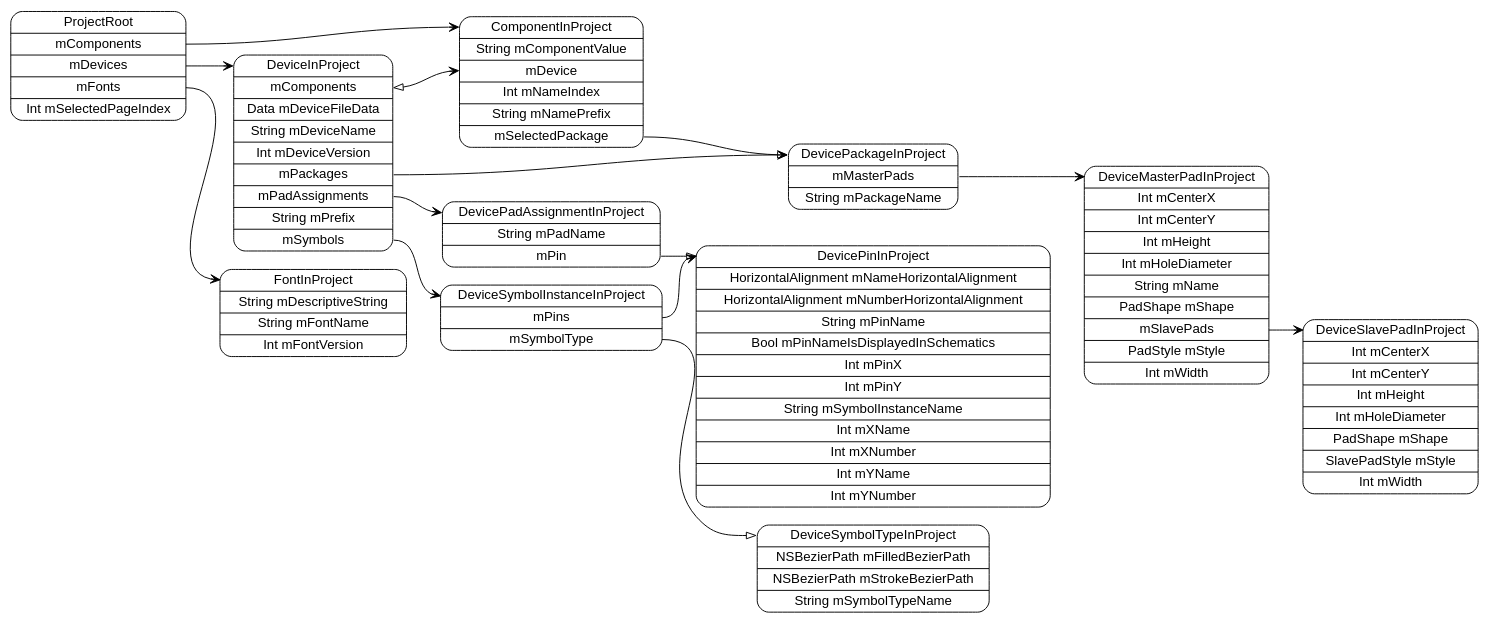
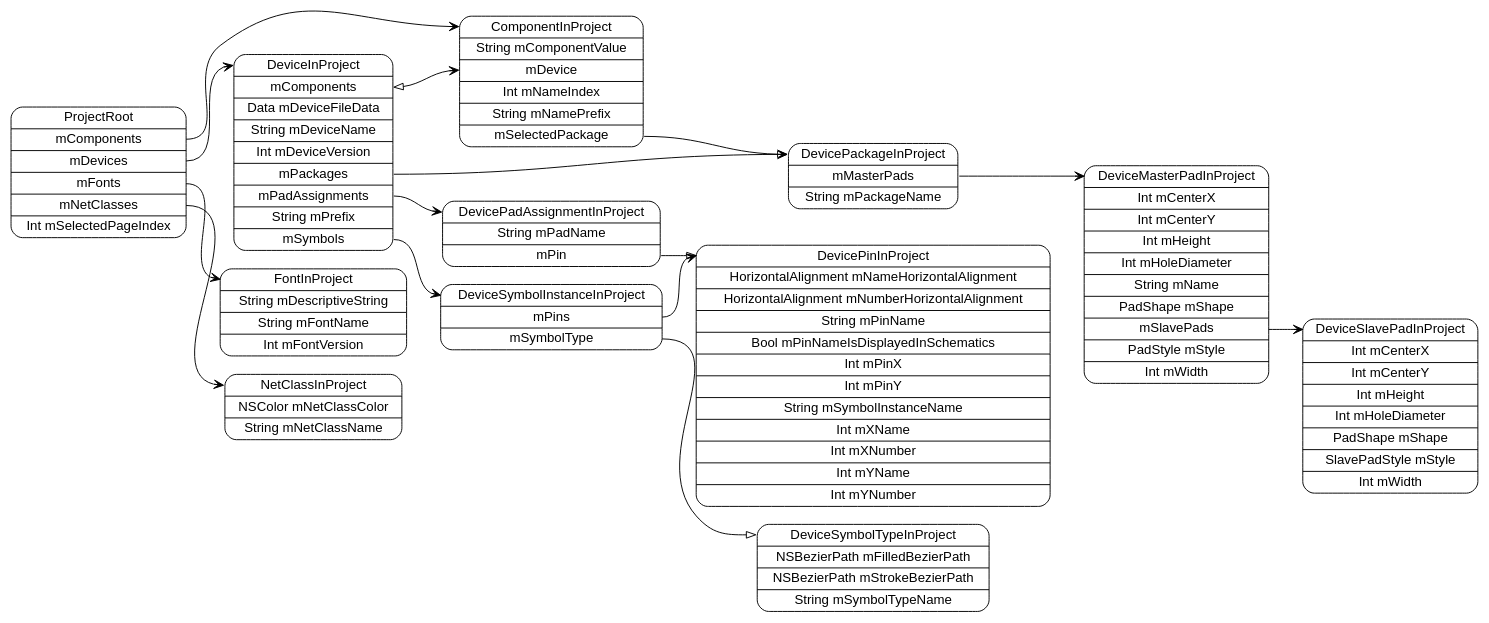
Before and after one commit to pierremolinaro/ElCanari-dev: the diagram in models/ProjectRoot.dot, drawn with Graphviz. The commit also changed 31 other files, not shown here.

Commit message:
Project : remove net class

```diff
--- a/models/ProjectRoot.dot
+++ b/models/ProjectRoot.dot
@@ -1,28 +1,30 @@
 digraph G {
   rankdir=LR ;
   node [shape=record fontname=helvetica style=rounded] ;
-  ProjectRoot[label="<ProjectRoot>ProjectRoot|<mComponents>mComponents|<mDevices>mDevices|<mFonts>mFonts|Int mSelectedPageIndex"] ;
+  ProjectRoot[label="<ProjectRoot>ProjectRoot|<mComponents>mComponents|<mDevices>mDevices|<mFonts>mFonts|<mNetClasses>mNetClasses|Int mSelectedPageIndex"] ;
+  NetClassInProject[label="<NetClassInProject>NetClassInProject|NSColor mNetClassColor|String mNetClassName"] ;
   FontInProject[label="<FontInProject>FontInProject|String mDescriptiveString|String mFontName|Int mFontVersion"] ;
   DeviceInProject[label="<DeviceInProject>DeviceInProject|<mComponents>mComponents|Data mDeviceFileData|String mDeviceName|Int mDeviceVersion|<mPackages>mPackages|<mPadAssignments>mPadAssignments|String mPrefix|<mSymbols>mSymbols"] ;
   DeviceSymbolInstanceInProject[label="<DeviceSymbolInstanceInProject>DeviceSymbolInstanceInProject|<mPins>mPins|<mSymbolType>mSymbolType"] ;
   DeviceSymbolTypeInProject[label="<DeviceSymbolTypeInProject>DeviceSymbolTypeInProject|NSBezierPath mFilledBezierPath|NSBezierPath mStrokeBezierPath|String mSymbolTypeName"] ;
   DevicePinInProject[label="<DevicePinInProject>DevicePinInProject|HorizontalAlignment mNameHorizontalAlignment|HorizontalAlignment mNumberHorizontalAlignment|String mPinName|Bool mPinNameIsDisplayedInSchematics|Int mPinX|Int mPinY|String mSymbolInstanceName|Int mXName|Int mXNumber|Int mYName|Int mYNumber"] ;
   DevicePadAssignmentInProject[label="<DevicePadAssignmentInProject>DevicePadAssignmentInProject|String mPadName|<mPin>mPin"] ;
   DevicePackageInProject[label="<DevicePackageInProject>DevicePackageInProject|<mMasterPads>mMasterPads|String mPackageName"] ;
   DeviceMasterPadInProject[label="<DeviceMasterPadInProject>DeviceMasterPadInProject|Int mCenterX|Int mCenterY|Int mHeight|Int mHoleDiameter|String mName|PadShape mShape|<mSlavePads>mSlavePads|PadStyle mStyle|Int mWidth"] ;
   DeviceSlavePadInProject[label="<DeviceSlavePadInProject>DeviceSlavePadInProject|Int mCenterX|Int mCenterY|Int mHeight|Int mHoleDiameter|PadShape mShape|SlavePadStyle mStyle|Int mWidth"] ;
   ComponentInProject[label="<ComponentInProject>ComponentInProject|String mComponentValue|<mDevice>mDevice|Int mNameIndex|String mNamePrefix|<mSelectedPackage>mSelectedPackage"] ;
   ProjectRoot:mComponents -> ComponentInProject:ComponentInProject [dir=both arrowtail=none arrowhead=vee] ;
   ProjectRoot:mDevices -> DeviceInProject:DeviceInProject [dir=both arrowtail=none arrowhead=vee] ;
   ProjectRoot:mFonts -> FontInProject:FontInProject [dir=both arrowtail=none arrowhead=vee] ;
+  ProjectRoot:mNetClasses -> NetClassInProject:NetClassInProject [dir=both arrowtail=none arrowhead=vee] ;
   DeviceInProject:mComponents -> ComponentInProject:mDevice [dir=both arrowtail=onormal arrowhead=vee] ;
   DeviceInProject:mPackages -> DevicePackageInProject:DevicePackageInProject [dir=both arrowtail=none arrowhead=vee] ;
   DeviceInProject:mPadAssignments -> DevicePadAssignmentInProject:DevicePadAssignmentInProject [dir=both arrowtail=none arrowhead=vee] ;
   DeviceInProject:mSymbols -> DeviceSymbolInstanceInProject:DeviceSymbolInstanceInProject [dir=both arrowtail=none arrowhead=vee] ;
   DeviceSymbolInstanceInProject:mPins -> DevicePinInProject:DevicePinInProject [dir=both arrowtail=none arrowhead=vee] ;
   DeviceSymbolInstanceInProject:mSymbolType -> DeviceSymbolTypeInProject:DeviceSymbolTypeInProject [dir=both arrowtail=none arrowhead=onormal] ;
   DevicePadAssignmentInProject:mPin -> DevicePinInProject:DevicePinInProject [dir=both arrowtail=none arrowhead=onormal] ;
   DevicePackageInProject:mMasterPads -> DeviceMasterPadInProject:DeviceMasterPadInProject [dir=both arrowtail=none arrowhead=vee] ;
   DeviceMasterPadInProject:mSlavePads -> DeviceSlavePadInProject:DeviceSlavePadInProject [dir=both arrowtail=none arrowhead=vee] ;
   ComponentInProject:mSelectedPackage -> DevicePackageInProject:DevicePackageInProject [dir=both arrowtail=none arrowhead=onormal] ;
 }
```
